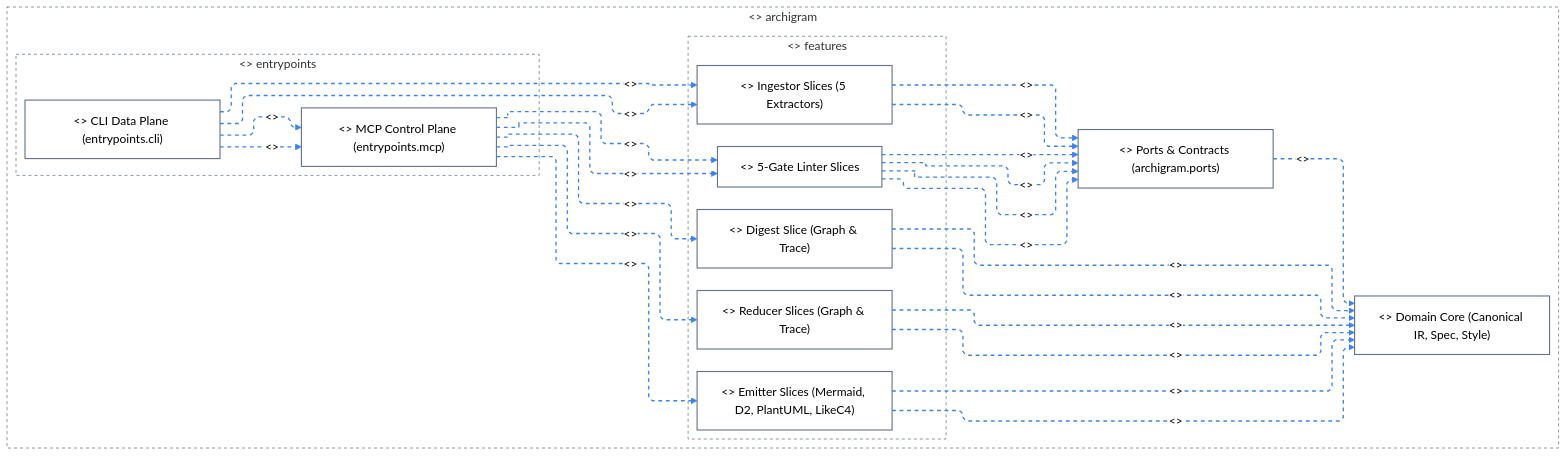
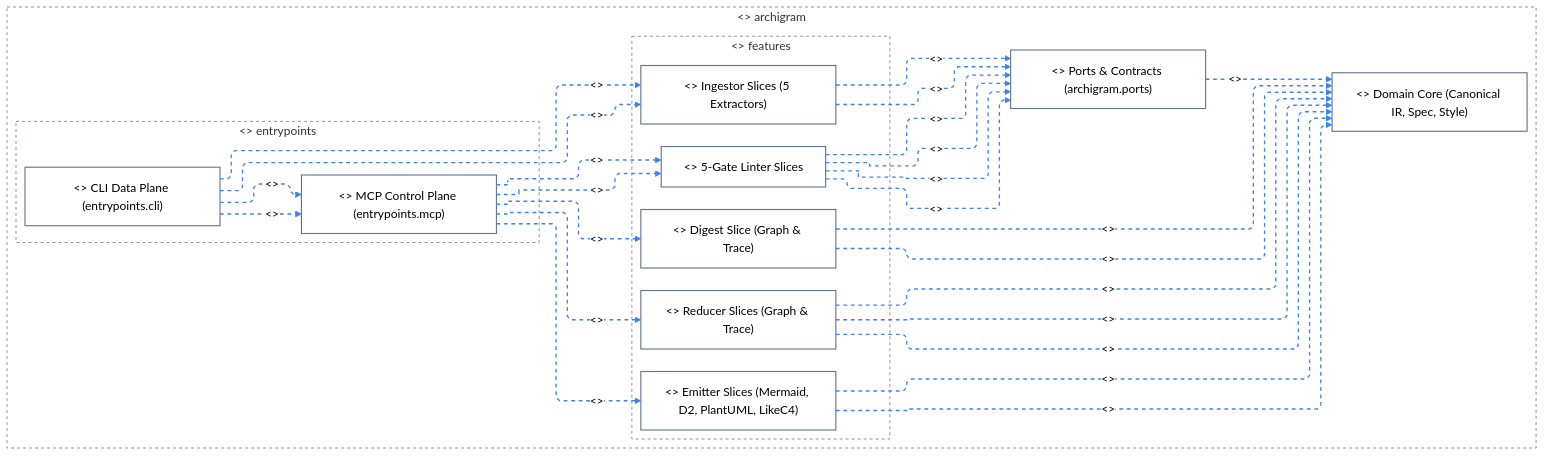
Before and after one commit to klcd/archigram: the fourth of 8 diagrams in docs/architecture/uml-and-curation-showcase.md, drawn with Mermaid (neutral theme). The commit also changed other lines of this file and 28 other files, not shown here.

````diff
--- a/docs/architecture/uml-and-curation-showcase.md
+++ b/docs/architecture/uml-and-curation-showcase.md
@@ -389,55 +390,56 @@
 ```mermaid
 ---
 config:
   layout: elk
   elk:
     mergeEdges: false
     nodePlacementStrategy: BRANDES_KOEPF
   flowchart:
     defaultRenderer: elk
     curve: linear
 ---
 flowchart LR
   classDef default fill:transparent,stroke:#64748b,stroke-width:1.5px
   subgraph n0["<<executionEnv>> archigram"]
     subgraph n1["<<executionEnv>> entrypoints"]
       n3["<<artifact>> CLI Data Plane (entrypoints.cli)"]
       n10["<<artifact>> MCP Control Plane (entrypoints.mcp)"]
     end
     subgraph n2["<<executionEnv>> features"]
       n5["<<artifact>> Digest Slice (Graph & Trace)"]
       n6["<<artifact>> Emitter Slices (Mermaid, D2, PlantUML, LikeC4)"]
       n7["<<artifact>> Ingestor Slices (5 Extractors)"]
       n8["<<artifact>> 5-Gate Linter Slices"]
       n9["<<artifact>> Reducer Slices (Graph & Trace)"]
     end
     n4["<<artifact>> Domain Core (Canonical IR, Spec, Style)"]
     n11["<<artifact>> Ports & Contracts (archigram.ports)"]
   end
   style n0 fill:transparent,stroke:#64748b,stroke-width:1px,stroke-dasharray:4 4
   style n1 fill:transparent,stroke:#64748b,stroke-width:1px,stroke-dasharray:4 4
   style n2 fill:transparent,stroke:#64748b,stroke-width:1px,stroke-dasharray:4 4
   n10 -.->|"<<deploy>>"| n5
   n5 -.->|"<<deploy>>"| n4
   n9 -.->|"<<deploy>>"| n4
   n5 -.->|"<<deploy>>"| n4
   n6 -.->|"<<deploy>>"| n4
+  n9 -.->|"<<deploy>>"| n4
   n6 -.->|"<<deploy>>"| n4
   n9 -.->|"<<deploy>>"| n4
   n11 -.->|"<<deploy>>"| n4
   n10 -.->|"<<deploy>>"| n6
   n3 -.->|"<<deploy>>"| n7
   n3 -.->|"<<deploy>>"| n7
   n10 -.->|"<<deploy>>"| n8
   n10 -.->|"<<deploy>>"| n8
   n3 -.->|"<<deploy>>"| n10
   n3 -.->|"<<deploy>>"| n10
   n8 -.->|"<<deploy>>"| n11
   n8 -.->|"<<deploy>>"| n11
   n7 -.->|"<<deploy>>"| n11
   n8 -.->|"<<deploy>>"| n11
   n7 -.->|"<<deploy>>"| n11
   n8 -.->|"<<deploy>>"| n11
   n10 -.->|"<<deploy>>"| n9
-  linkStyle 0,1,2,3,4,5,6,7,8,9,10,11,12,13,14,15,16,17,18,19,20,21 stroke:#3b82f6,stroke-width:1.75px,stroke-dasharray:5 5
+  linkStyle 0,1,2,3,4,5,6,7,8,9,10,11,12,13,14,15,16,17,18,19,20,21,22 stroke:#3b82f6,stroke-width:1.75px,stroke-dasharray:5 5
 ```
````
